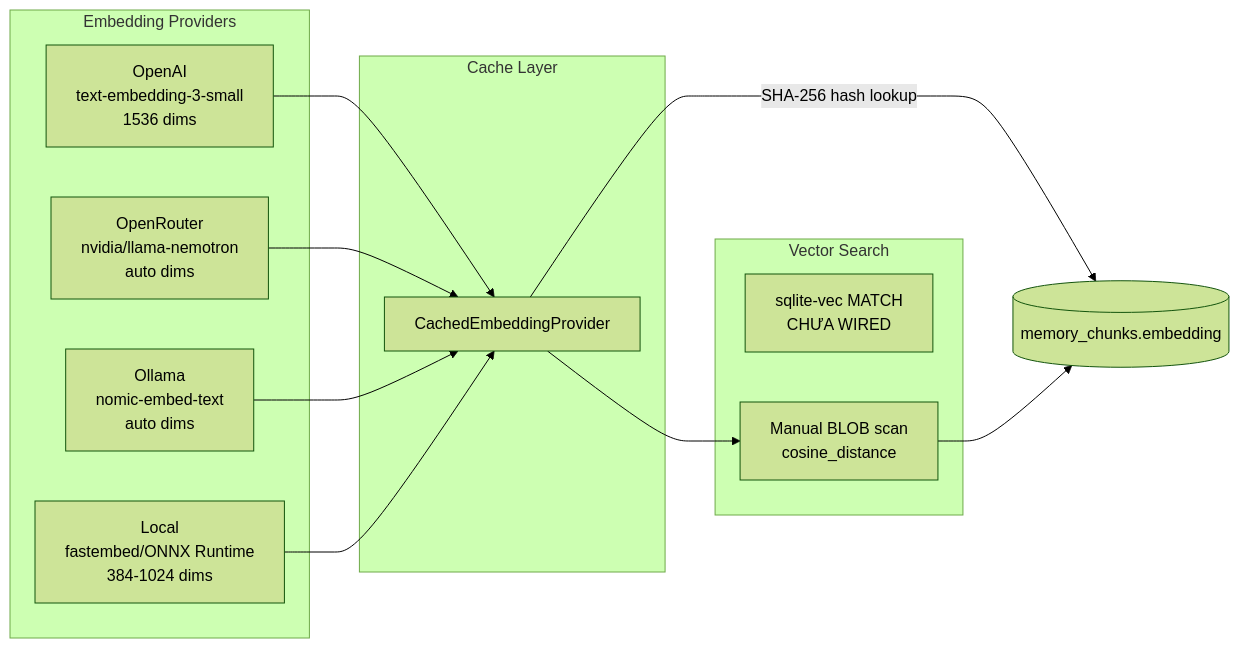
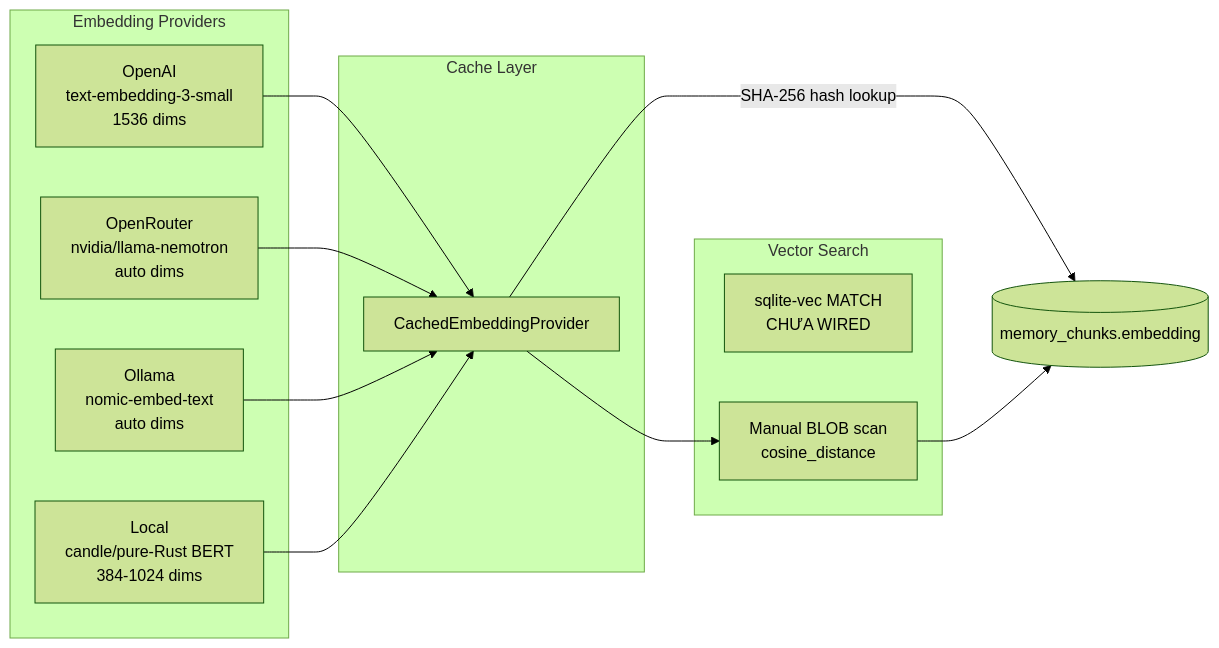
One commit to NortonBen/SenClaw changed the sixth of 10 diagrams in docs/memory.md. Above: the diagram before and after it, drawn with Mermaid (forest theme). The commit also changed other lines of this file and 53 other files, not shown here.

Commit message:
feat: add support for personal productivity features by implementing space management, including notes, events, and email integration, along with necessary database schema updates

````diff
--- a/docs/memory.md
+++ b/docs/memory.md
@@ -306,23 +306,23 @@
 ```mermaid
 flowchart LR
     subgraph "Embedding Providers"
         OAI[OpenAI<br/>text-embedding-3-small<br/>1536 dims]
         ORT[OpenRouter<br/>nvidia/llama-nemotron<br/>auto dims]
         OLL[Ollama<br/>nomic-embed-text<br/>auto dims]
-        LOC[Local<br/>fastembed/ONNX Runtime<br/>384-1024 dims]
+        LOC[Local<br/>candle/pure-Rust BERT<br/>384-1024 dims]
     end
 
     subgraph "Cache Layer"
         CACHE[CachedEmbeddingProvider]
     end
 
     subgraph "Vector Search"
         VEC0[sqlite-vec MATCH<br/>CHƯA WIRED]
         BLOB[Manual BLOB scan<br/>cosine_distance]
     end
 
     OAI & ORT & OLL & LOC --> CACHE
     CACHE --> |"SHA-256 hash lookup"|SQLITE[(embedding_cache)]
     CACHE --> BLOB
     BLOB --> SQLITE[(memory_chunks.embedding)]
 ```
````
